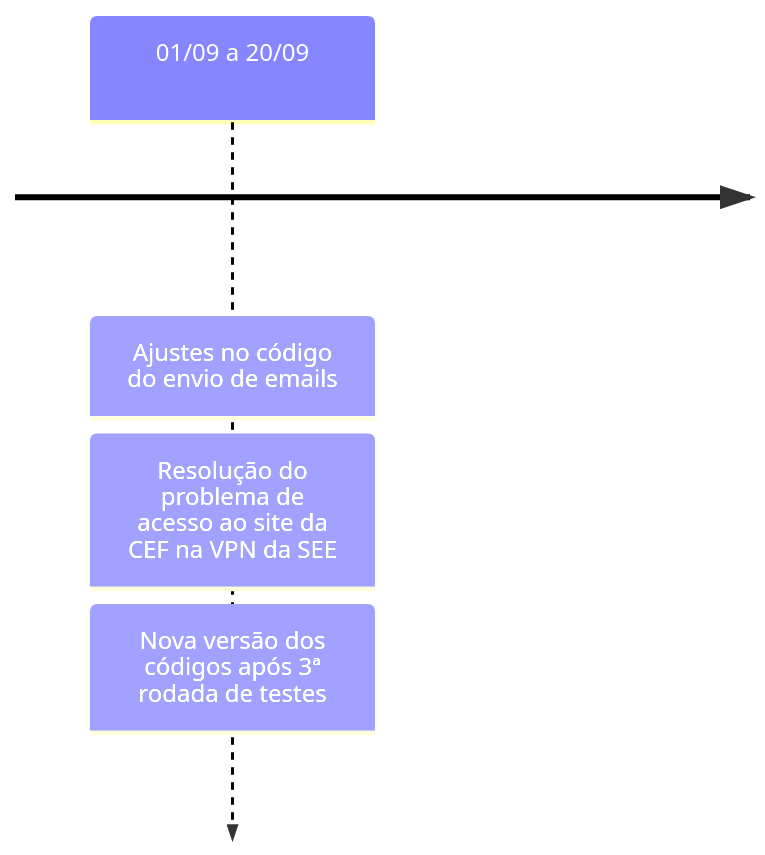
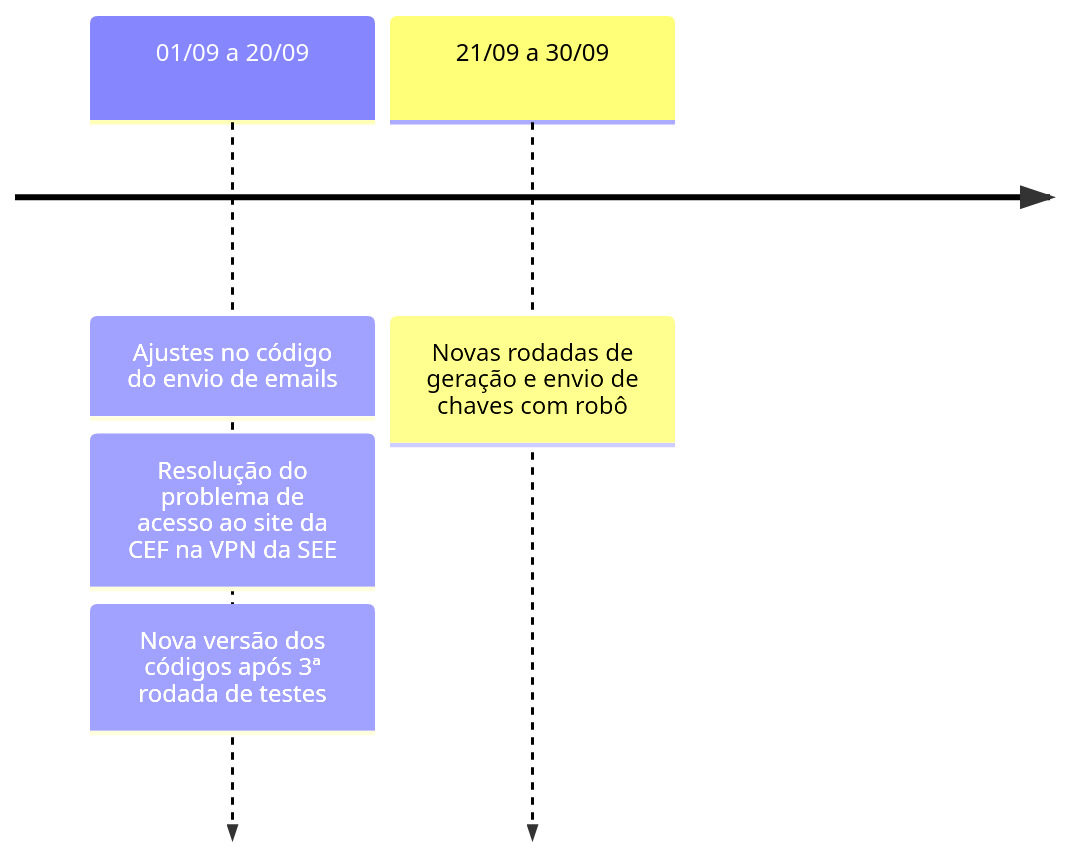
One commit to automatiza-mg/handbook changed the third of 4 diagrams in docs/linha_do_tempo/projeto_see_fgts.md. Above: the diagram before and after it, drawn with Mermaid. The commit also changed other lines of this file, not shown here.

````diff
--- a/docs/linha_do_tempo/projeto_see_fgts.md
+++ b/docs/linha_do_tempo/projeto_see_fgts.md
@@ -45,6 +45,7 @@
     ```mermaid
     timeline
         01/09 a 20/09 : Ajustes no código do envio de emails
                       : Resolução do problema de acesso ao site da CEF na VPN da SEE
                       : Nova versão dos códigos após 3ª rodada de testes
+        21/09 a 30/09 : Novas rodadas de geração e envio de chaves com robô
     ```
````
